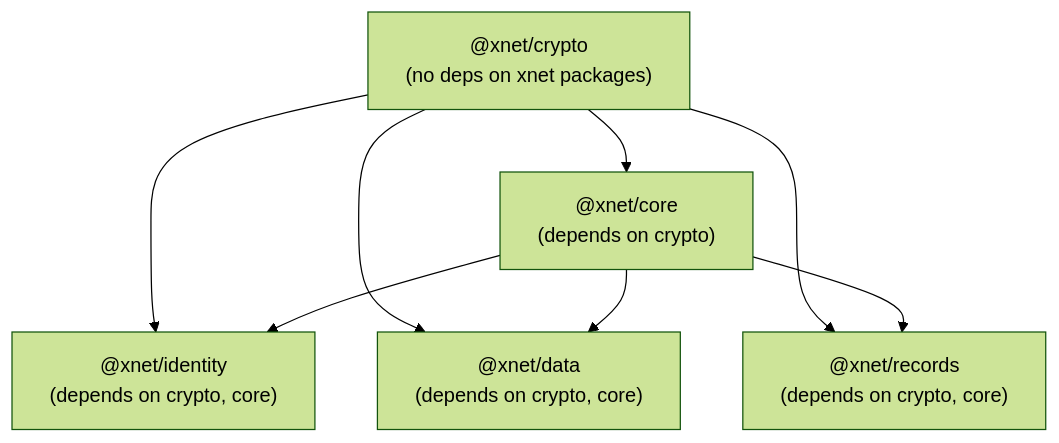
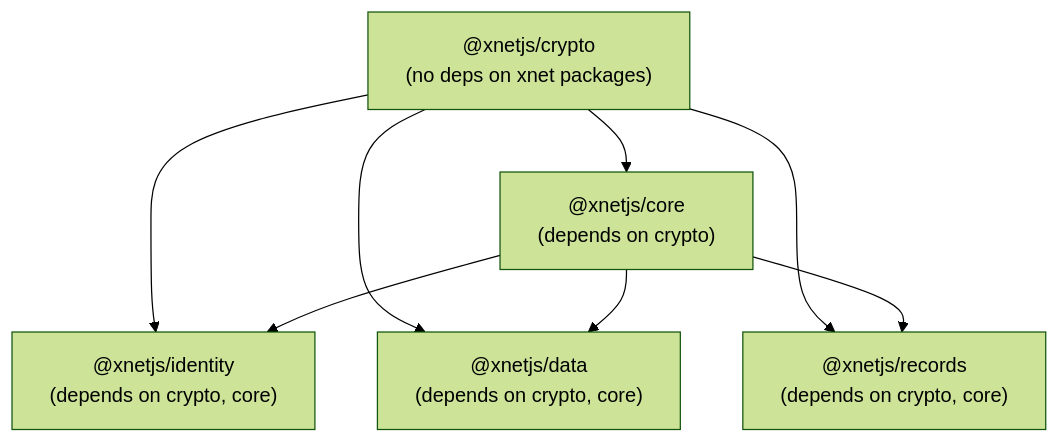
One commit to crs48/xNet changed the third of 3 diagrams in docs/plans/plan02_1DataModelConsolidation/04-hash-function-consolidation.md. Above: the diagram before and after it, drawn with Mermaid (forest theme). The commit also changed other lines of this file and 980 other files, not shown here.

Commit message:
chore(repo): migrate packages to @xnetjs scope

````diff
--- a/docs/plans/plan02_1DataModelConsolidation/04-hash-function-consolidation.md
+++ b/docs/plans/plan02_1DataModelConsolidation/04-hash-function-consolidation.md
@@ -269,16 +269,16 @@
 ```mermaid
 flowchart TD
-    CRYPTO["@xnet/crypto<br/>(no deps on xnet packages)"]
-    CORE["@xnet/core<br/>(depends on crypto)"]
-    IDENTITY["@xnet/identity<br/>(depends on crypto, core)"]
-    DATA["@xnet/data<br/>(depends on crypto, core)"]
-    RECORDS["@xnet/records<br/>(depends on crypto, core)"]
+    CRYPTO["@xnetjs/crypto<br/>(no deps on xnet packages)"]
+    CORE["@xnetjs/core<br/>(depends on crypto)"]
+    IDENTITY["@xnetjs/identity<br/>(depends on crypto, core)"]
+    DATA["@xnetjs/data<br/>(depends on crypto, core)"]
+    RECORDS["@xnetjs/records<br/>(depends on crypto, core)"]
 
     CRYPTO --> CORE
     CRYPTO --> IDENTITY
     CORE --> IDENTITY
     CRYPTO --> DATA
     CORE --> DATA
     CRYPTO --> RECORDS
     CORE --> RECORDS
 ```
````
